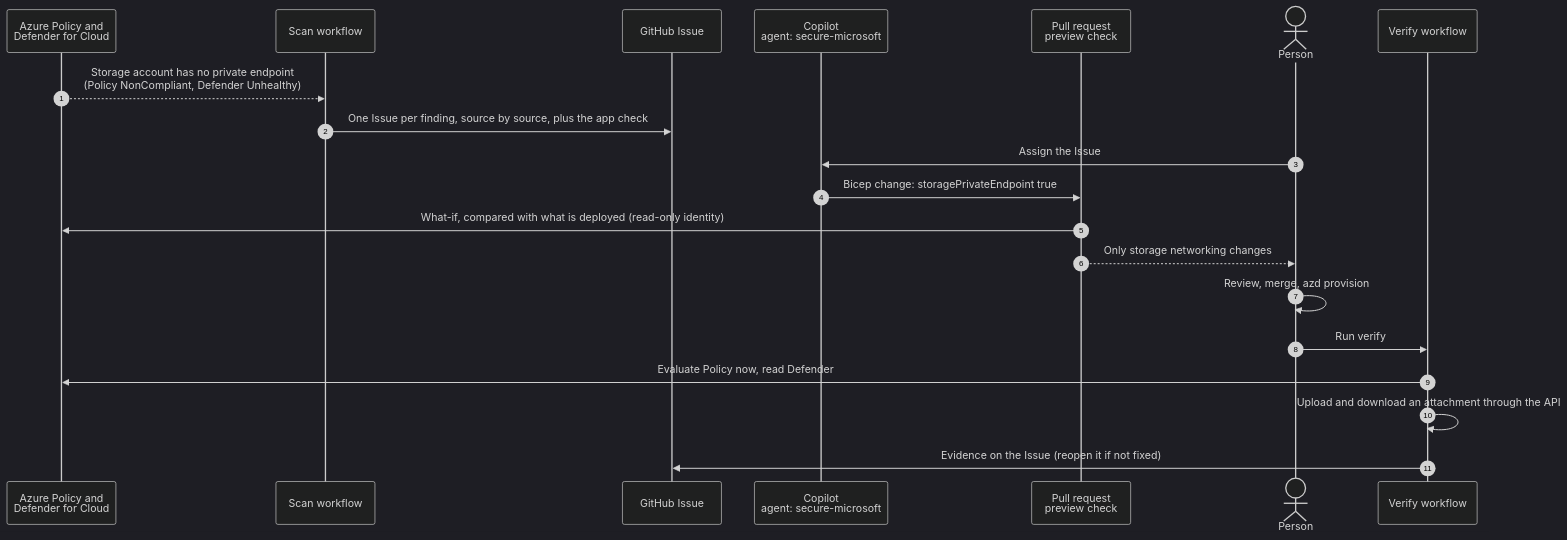
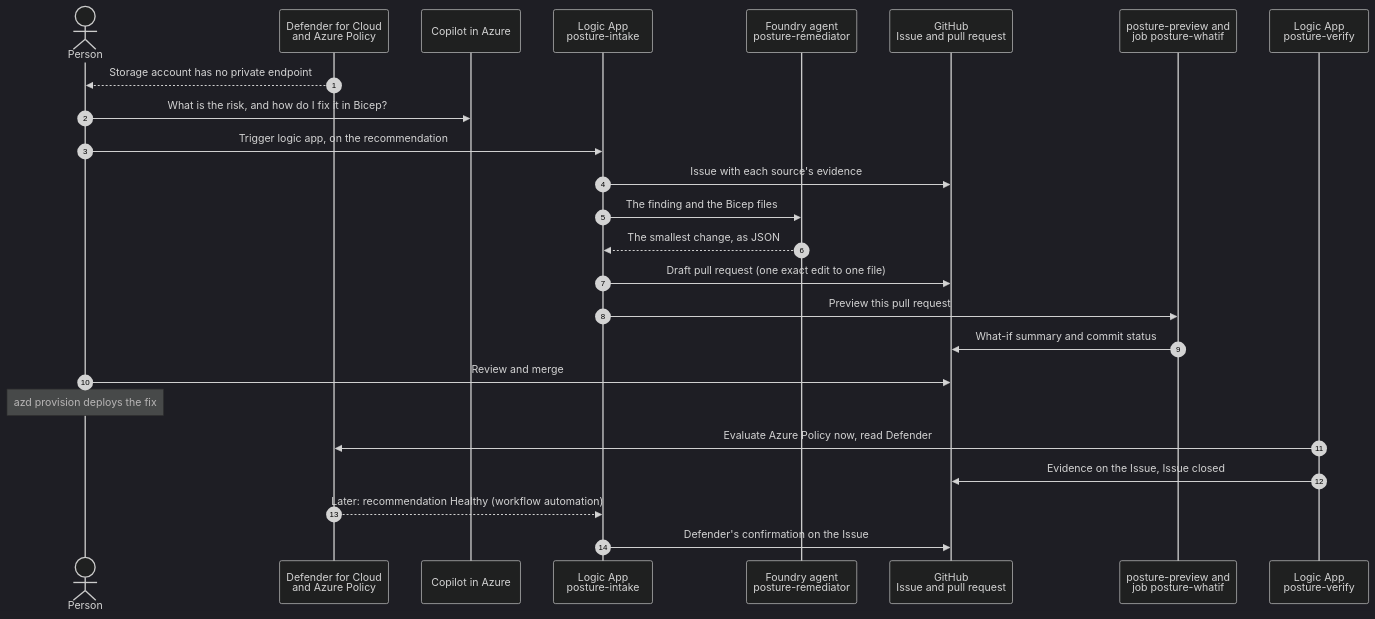
One commit to melabadi/adept-assessment-northstars changed the diagram in solutions/05-secure-microsoft/README.md. Above: the diagram before and after it, drawn with Mermaid (dark theme). The commit also changed other lines of this file and 43 other files, not shown here.

First line of the commit message:
05-secure-microsoft: run the posture remediation in Azure

````diff
--- a/solutions/05-secure-microsoft/README.md
+++ b/solutions/05-secure-microsoft/README.md
@@ -21,22 +22,27 @@
 ```mermaid
 sequenceDiagram
   autonumber
-  participant AZ as Azure Policy and<br/>Defender for Cloud
-  participant S as Scan workflow
-  participant I as GitHub Issue
-  participant C as Copilot<br/>agent: secure-microsoft
-  participant P as Pull request<br/>preview check
   actor H as Person
-  participant V as Verify workflow
-  AZ-->>S: Storage account has no private endpoint<br/>(Policy NonCompliant, Defender Unhealthy)
-  S->>I: One Issue per finding, source by source, plus the app check
-  H->>C: Assign the Issue
-  C->>P: Bicep change: storagePrivateEndpoint true
-  P->>AZ: What-if, compared with what is deployed (read-only identity)
-  P-->>H: Only storage networking changes
-  H->>H: Review, merge, azd provision
-  H->>V: Run verify
-  V->>AZ: Evaluate Policy now, read Defender
-  V->>V: Upload and download an attachment through the API
-  V->>I: Evidence on the Issue (reopen it if not fixed)
+  participant D as Defender for Cloud<br/>and Azure Policy
+  participant C as Copilot in Azure
+  participant I as Logic App<br/>posture-intake
+  participant F as Foundry agent<br/>posture-remediator
+  participant G as GitHub<br/>Issue and pull request
+  participant W as posture-preview and<br/>job posture-whatif
+  participant V as Logic App<br/>posture-verify
+  D-->>H: Storage account has no private endpoint
+  H->>C: What is the risk, and how do I fix it in Bicep?
+  H->>I: Trigger logic app, on the recommendation
+  I->>G: Issue with each source's evidence
+  I->>F: The finding and the Bicep files
+  F-->>I: The smallest change, as JSON
+  I->>G: Draft pull request (one exact edit to one file)
+  I->>W: Preview this pull request
+  W->>G: What-if summary and commit status
+  H->>G: Review and merge
+  Note over H: azd provision deploys the fix
+  V->>D: Evaluate Azure Policy now, read Defender
+  V->>G: Evidence on the Issue, Issue closed
+  D-->>I: Later: recommendation Healthy (workflow automation)
+  I->>G: Defender's confirmation on the Issue
 ```
````
